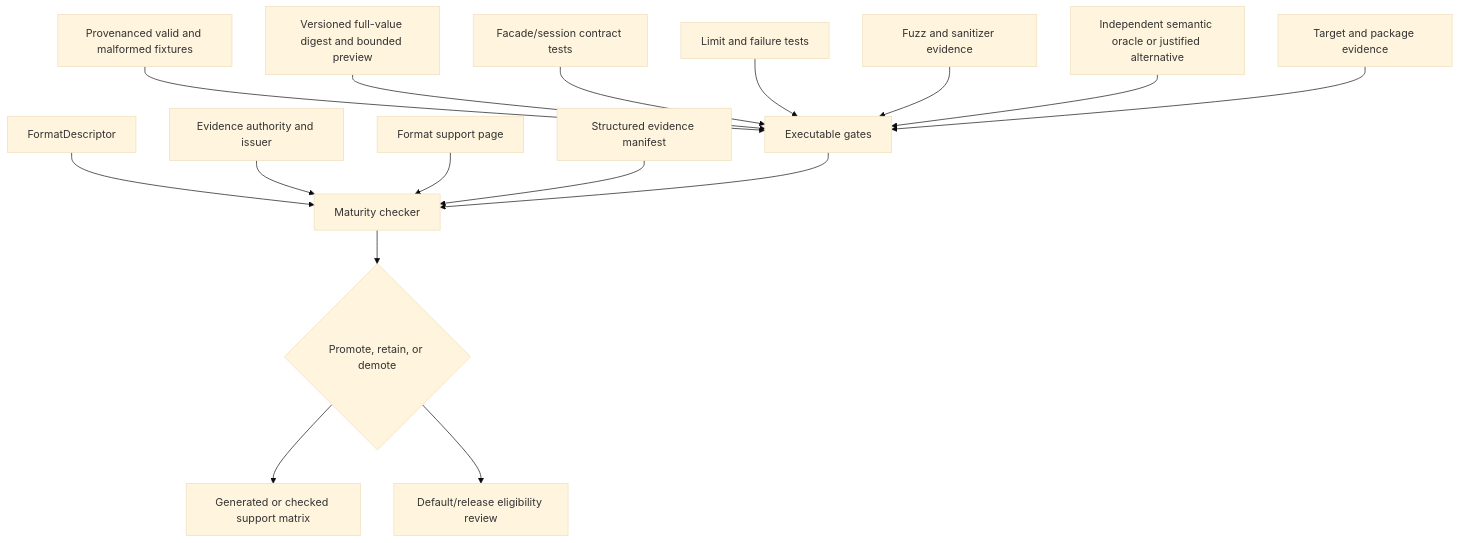
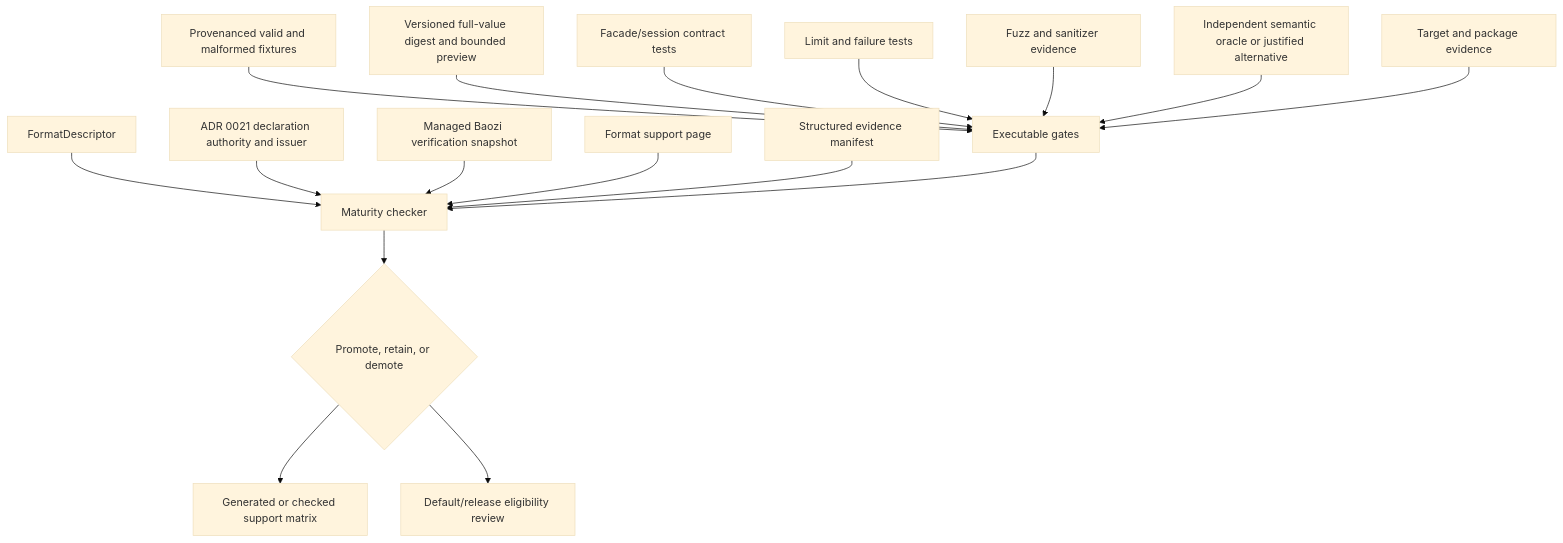
Before and after one commit to Latias94/baozi: the diagram in docs/adr/0011-format-support-tiers-and-compatibility-charter.md, drawn with Mermaid (base theme). The commit also changed other lines of this file and 15 other files, not shown here.

First line of the commit message:
docs(adr): separate storage and evidence authorities

````diff
--- a/docs/adr/0011-format-support-tiers-and-compatibility-charter.md
+++ b/docs/adr/0011-format-support-tiers-and-compatibility-charter.md
@@ -99,18 +121,19 @@
 ```mermaid
 flowchart TD
     Descriptor[FormatDescriptor] --> Checker[Maturity checker]
-    Authority[Evidence authority and issuer] --> Checker
+    Declaration[ADR 0021 declaration authority and issuer] --> Checker
+    Managed[Managed Baozi verification snapshot] --> Checker
     Support[Format support page] --> Checker
     Structured[Structured evidence manifest] --> Checker
     Fixtures[Provenanced valid and malformed fixtures] --> Tests[Executable gates]
     Golden[Versioned full-value digest and bounded preview] --> Tests
     Facade[Facade/session contract tests] --> Tests
     Limits[Limit and failure tests] --> Tests
     Fuzz[Fuzz and sanitizer evidence] --> Tests
     Oracle[Independent semantic oracle or justified alternative] --> Tests
     Targets[Target and package evidence] --> Tests
     Tests --> Checker
     Checker --> Promotion{Promote, retain, or demote}
     Promotion --> Matrix[Generated or checked support matrix]
     Promotion --> Release[Default/release eligibility review]
 ```
````
